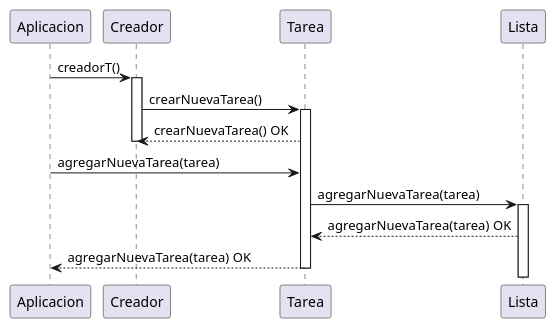
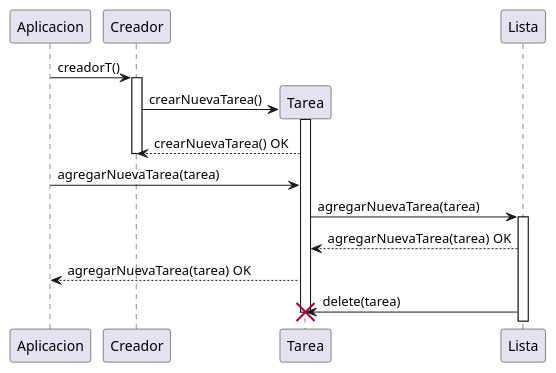
Before and after one commit to LucasFrey-tech/TODO-LIST: the diagram in Diagram/diagramaSecuencia.puml, drawn with PlantUML.

Commit message:
nuevoCambio

```diff
--- a/Diagram/diagramaSecuencia.puml
+++ b/Diagram/diagramaSecuencia.puml
@@ -1,29 +1,35 @@
 @startuml Diagrama Secuencia
 
  Aplicacion -> Creador: creadorT()
 activate Creador
 
+create Tarea
  Creador -> Tarea: crearNuevaTarea()
 activate Tarea
 
  Creador <-- Tarea: crearNuevaTarea() OK
 deactivate Creador
 
 
+
  Aplicacion -> Tarea: agregarNuevaTarea(tarea)
  Tarea -> Lista: agregarNuevaTarea(tarea)
 activate Lista
  Tarea <-- Lista: agregarNuevaTarea(tarea) OK
  Aplicacion <-- Tarea: agregarNuevaTarea(tarea) OK
-deactivate Tarea
+
+ Lista -> Tarea: delete(tarea)
+
+
+destroy Tarea
 
 
 
 
 
 
 
 
 
 
 @enduml
```
